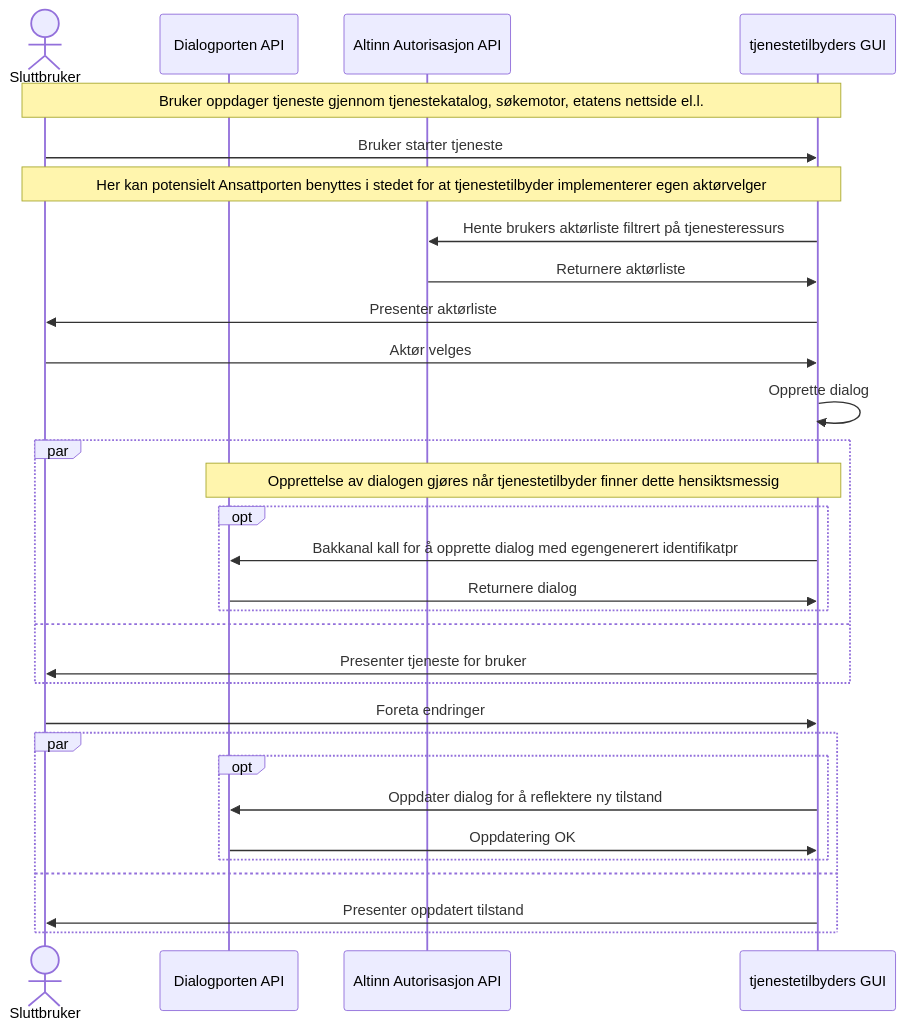
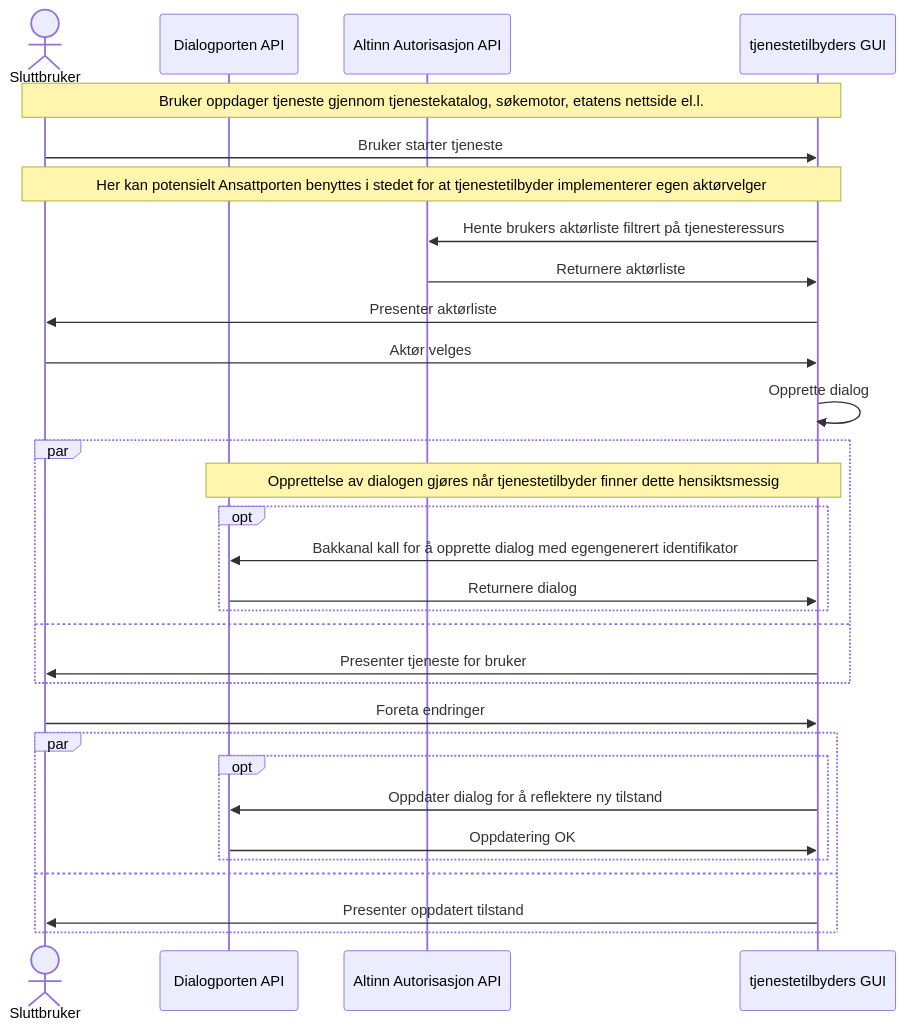
Before and after one commit to digdir/dialogporten: the sixth of 8 diagrams in index.md, drawn with Mermaid. The commit also changed other lines of this file and 5 other files, not shown here.

````diff
--- a/index.md
+++ b/index.md
@@ -847,34 +936,34 @@
 ```mermaid!
 sequenceDiagram
     actor SB as Sluttbruker
     participant API as Dialogporten API 
     participant AUTH as Altinn Autorisasjon API 
     participant TEGUI as tjenestetilbyders GUI
 note over SB,TEGUI: Bruker oppdager tjeneste gjennom tjenestekatalog, søkemotor, etatens nettside el.l.
 SB->>TEGUI: Bruker starter tjeneste
 note over SB,TEGUI: Her kan potensielt Ansattporten benyttes i stedet for at tjenestetilbyder implementerer egen aktørvelger
 TEGUI->>AUTH: Hente brukers aktørliste filtrert på tjenesteressurs
 AUTH->>TEGUI: Returnere aktørliste
 TEGUI->>SB: Presenter aktørliste
 SB->>TEGUI: Aktør velges
 TEGUI->>TEGUI: Opprette dialog
 par
     note over API,TEGUI: Opprettelse av dialogen gjøres når tjenestetilbyder finner dette hensiktsmessig
     opt
-        TEGUI->>API: Bakkanal kall for å opprette dialog med egengenerert identifikatpr
+        TEGUI->>API: Bakkanal kall for å opprette dialog med egengenerert identifikator
         API->>TEGUI: Returnere dialog
     end
 and
     TEGUI->>SB: Presenter tjeneste for bruker
 end
 
 SB->>TEGUI: Foreta endringer
 par
     opt
         TEGUI->>API: Oppdater dialog for å reflektere ny tilstand
         API->>TEGUI: Oppdatering OK
     end
 and 
     TEGUI->>SB: Presenter oppdatert tilstand
 end
 ```
````
